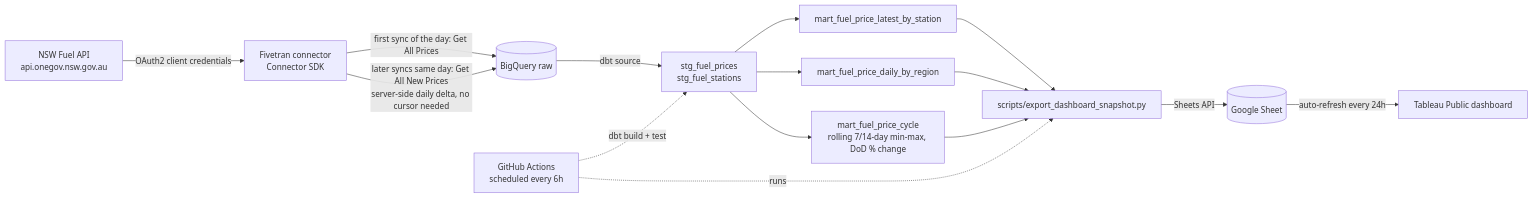
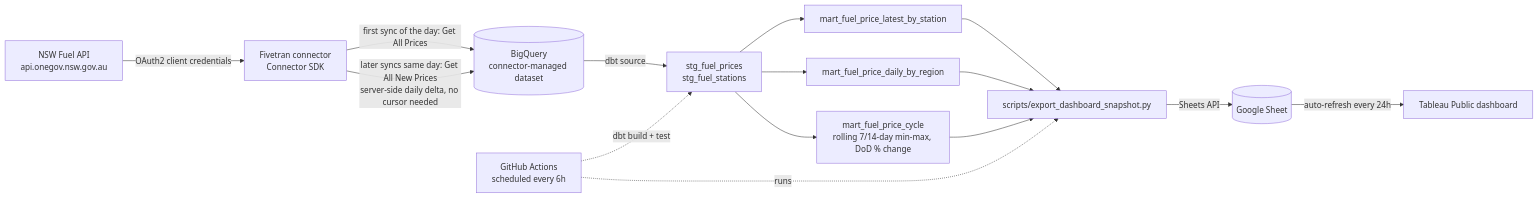
Before and after one commit to andreshako/nsw-fuel-pulse: the diagram in README.md, drawn with Mermaid. The commit also changed other lines of this file and 3 other files, not shown here.

````diff
--- a/README.md
+++ b/README.md
@@ -40,18 +44,18 @@
 ```mermaid
 flowchart LR
     A[NSW Fuel API<br/>api.onegov.nsw.gov.au] -->|OAuth2 client credentials| B[Fivetran connector<br/>Connector SDK]
-    B -->|first sync of the day: Get All Prices| C[(BigQuery raw)]
+    B -->|first sync of the day: Get All Prices| C[(BigQuery<br/>connector-managed dataset)]
     B -->|later syncs same day: Get All New Prices<br/>server-side daily delta, no cursor needed| C
     C -->|dbt source| D[stg_fuel_prices<br/>stg_fuel_stations]
     D --> E[mart_fuel_price_latest_by_station]
     D --> F[mart_fuel_price_daily_by_region]
     D --> G[mart_fuel_price_cycle<br/>rolling 7/14-day min-max, DoD % change]
 
     H[GitHub Actions<br/>scheduled every 6h] -.dbt build + test.-> D
     H -.runs.-> I[scripts/export_dashboard_snapshot.py]
     E --> I
     F --> I
     G --> I
     I -->|Sheets API| J[(Google Sheet)]
     J -->|auto-refresh every 24h| K[Tableau Public dashboard]
 ```
````
